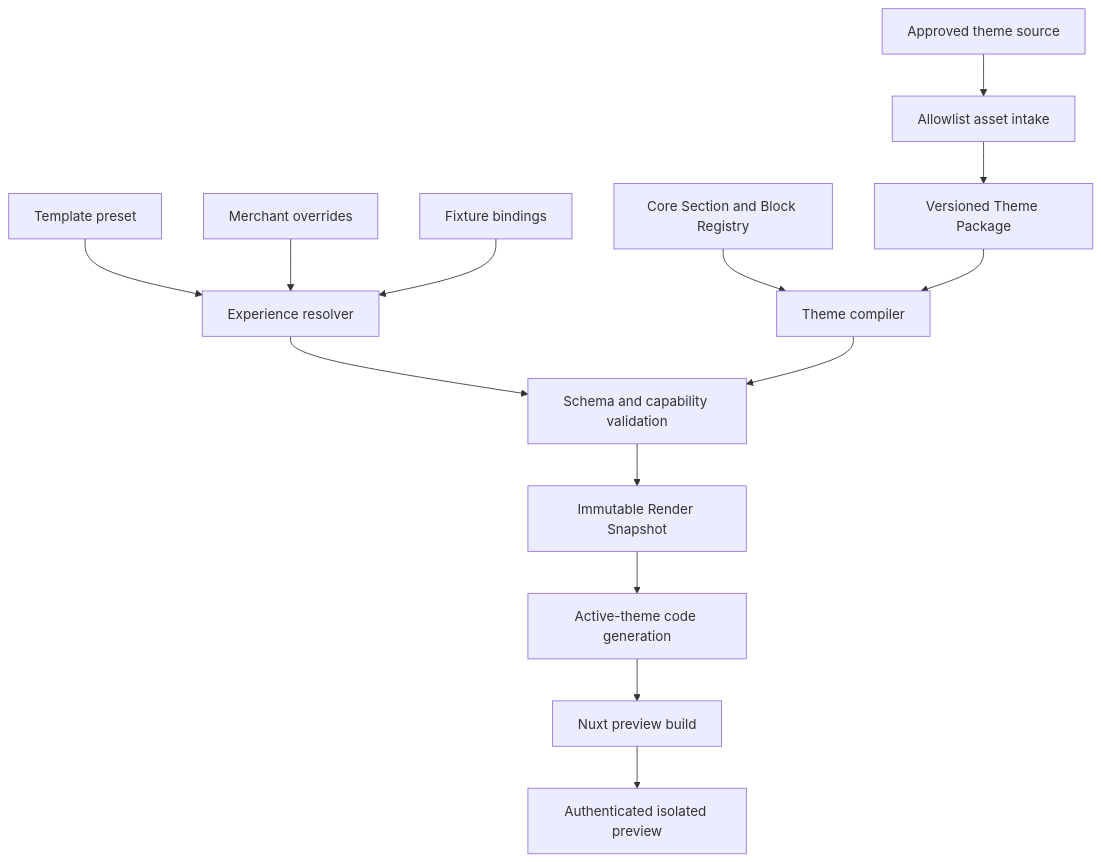
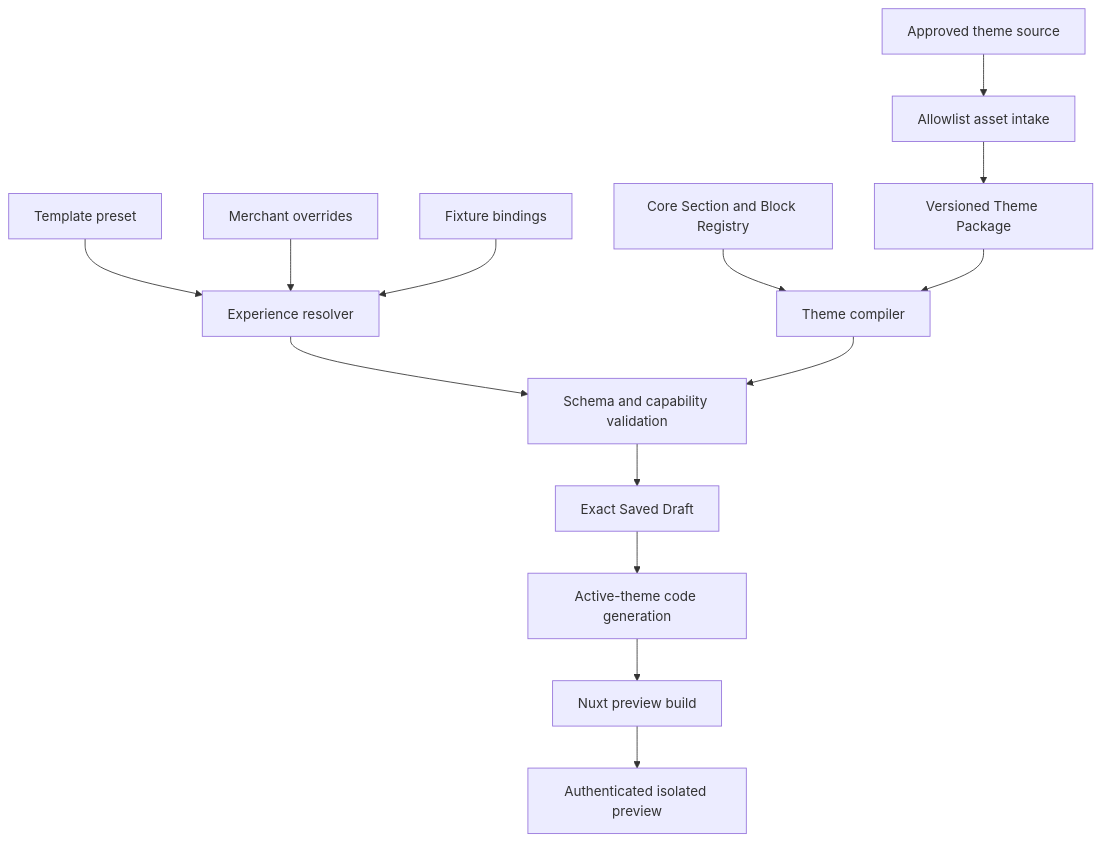
Before and after one commit to hashencode/shoppp: the first of 3 diagrams in docs/plans/2026-07-30-002-feat-versioned-storefront-theme-platform-plan.md, drawn with Mermaid. The commit also changed other lines of this file and 2 other files, not shown here.

````diff
--- a/docs/plans/2026-07-30-002-feat-versioned-storefront-theme-platform-plan.md
+++ b/docs/plans/2026-07-30-002-feat-versioned-storefront-theme-platform-plan.md
@@ -242,16 +252,16 @@
 ```mermaid
 flowchart TB
   Source["Approved theme source"] --> Import["Allowlist asset intake"]
   Import --> Package["Versioned Theme Package"]
   Core["Core Section and Block Registry"] --> Compiler["Theme compiler"]
   Package --> Compiler
   Preset["Template preset"] --> Resolver["Experience resolver"]
   Override["Merchant overrides"] --> Resolver
   Fixture["Fixture bindings"] --> Resolver
   Resolver --> Validation["Schema and capability validation"]
   Compiler --> Validation
-  Validation --> Snapshot["Immutable Render Snapshot"]
-  Snapshot --> Codegen["Active-theme code generation"]
+  Validation --> SavedDraft["Exact Saved Draft"]
+  SavedDraft --> Codegen["Active-theme code generation"]
   Codegen --> Nuxt["Nuxt preview build"]
   Nuxt --> Preview["Authenticated isolated preview"]
 ```
````
